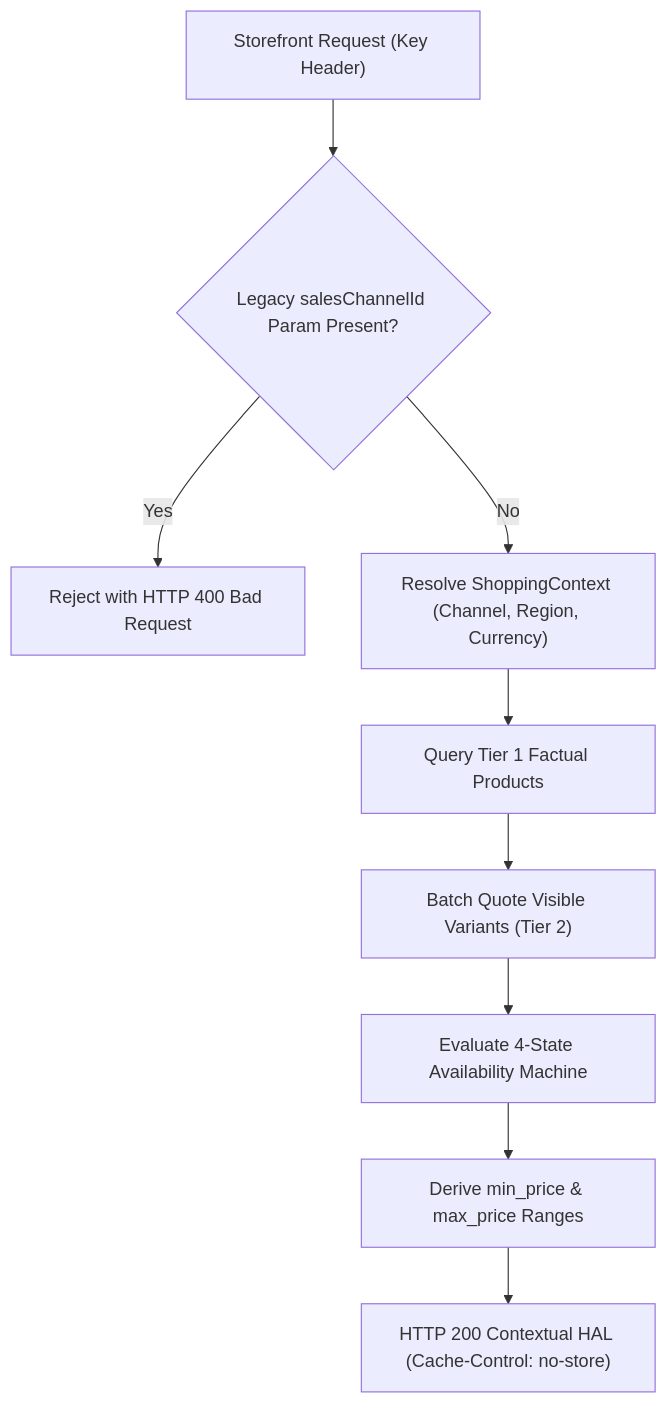
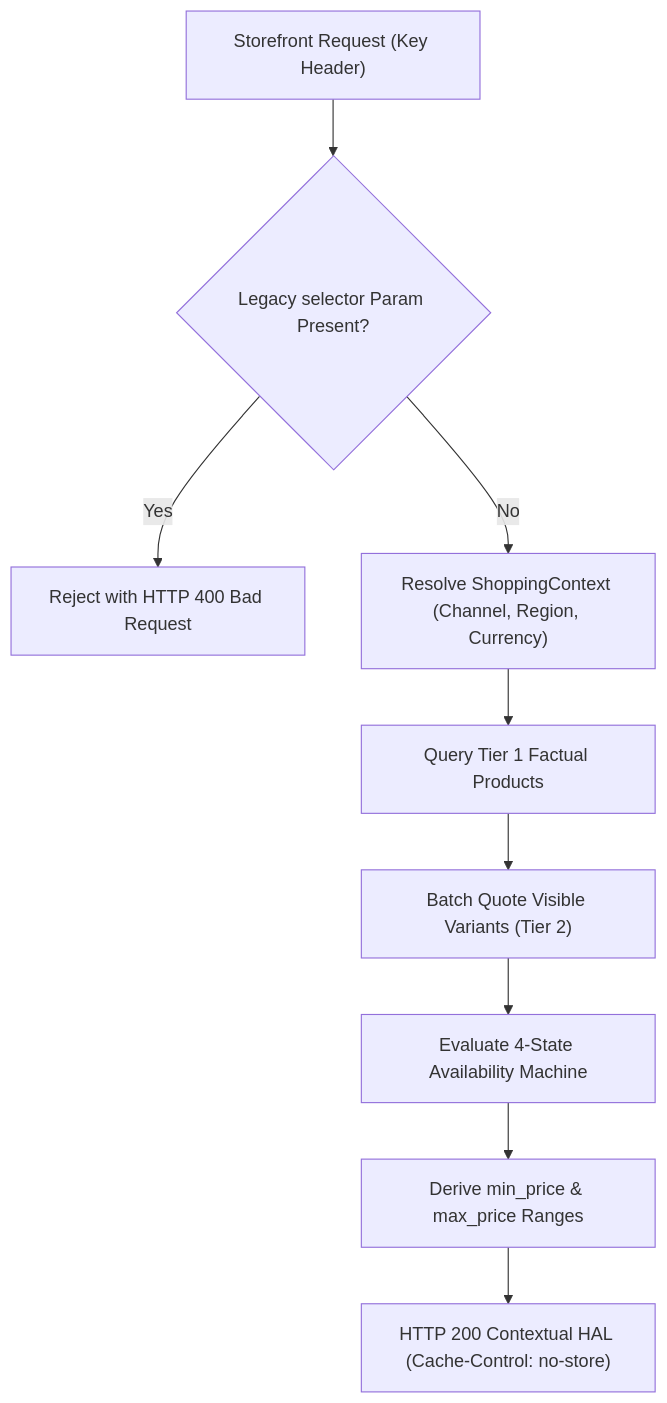
Before and after one commit to khinemyaezin/grab: the first of 4 diagrams in docs/spec/system/storefront-contextual-cutover-tech-spec.md, drawn with Mermaid. The commit also changed other lines of this file and 33 other files, not shown here.

````diff
--- a/docs/spec/system/storefront-contextual-cutover-tech-spec.md
+++ b/docs/spec/system/storefront-contextual-cutover-tech-spec.md
@@ -38,11 +38,11 @@
 ```mermaid
 flowchart TD
-    Req["Storefront Request (Key Header)"] --> CheckParam{"Legacy salesChannelId Param Present?"}
+    Req["Storefront Request (Key Header)"] --> CheckParam{"Legacy selector Param Present?"}
     CheckParam -->|Yes| Reject["Reject with HTTP 400 Bad Request"]
     CheckParam -->|No| ResolveContext["Resolve ShoppingContext (Channel, Region, Currency)"]
     ResolveContext --> ReadFacts["Query Tier 1 Factual Products"]
     ReadFacts --> BatchQuote["Batch Quote Visible Variants (Tier 2)"]
     BatchQuote --> StateMachine["Evaluate 4-State Availability Machine"]
     StateMachine --> Ranges["Derive min_price & max_price Ranges"]
     Ranges --> Response["HTTP 200 Contextual HAL (Cache-Control: no-store)"]
 ```
````
